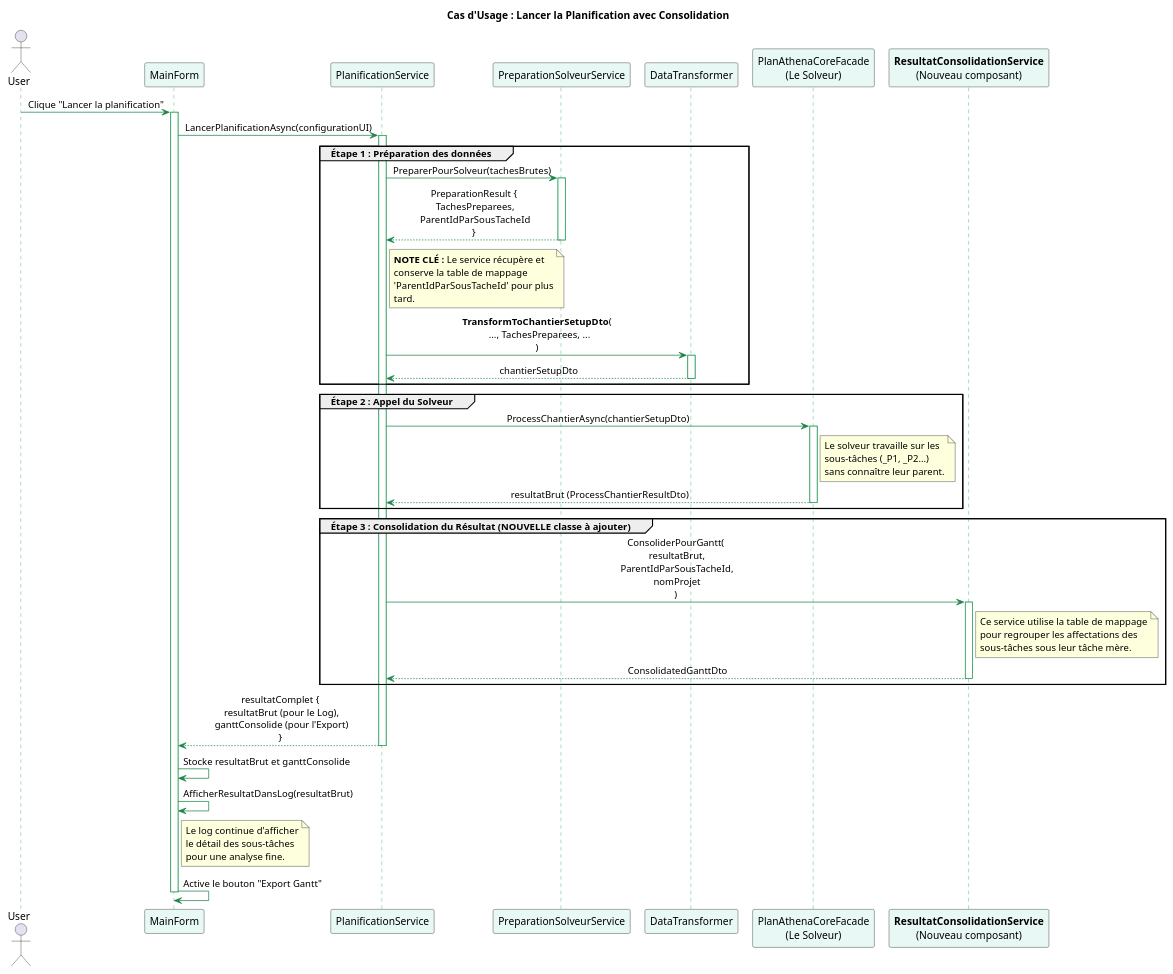
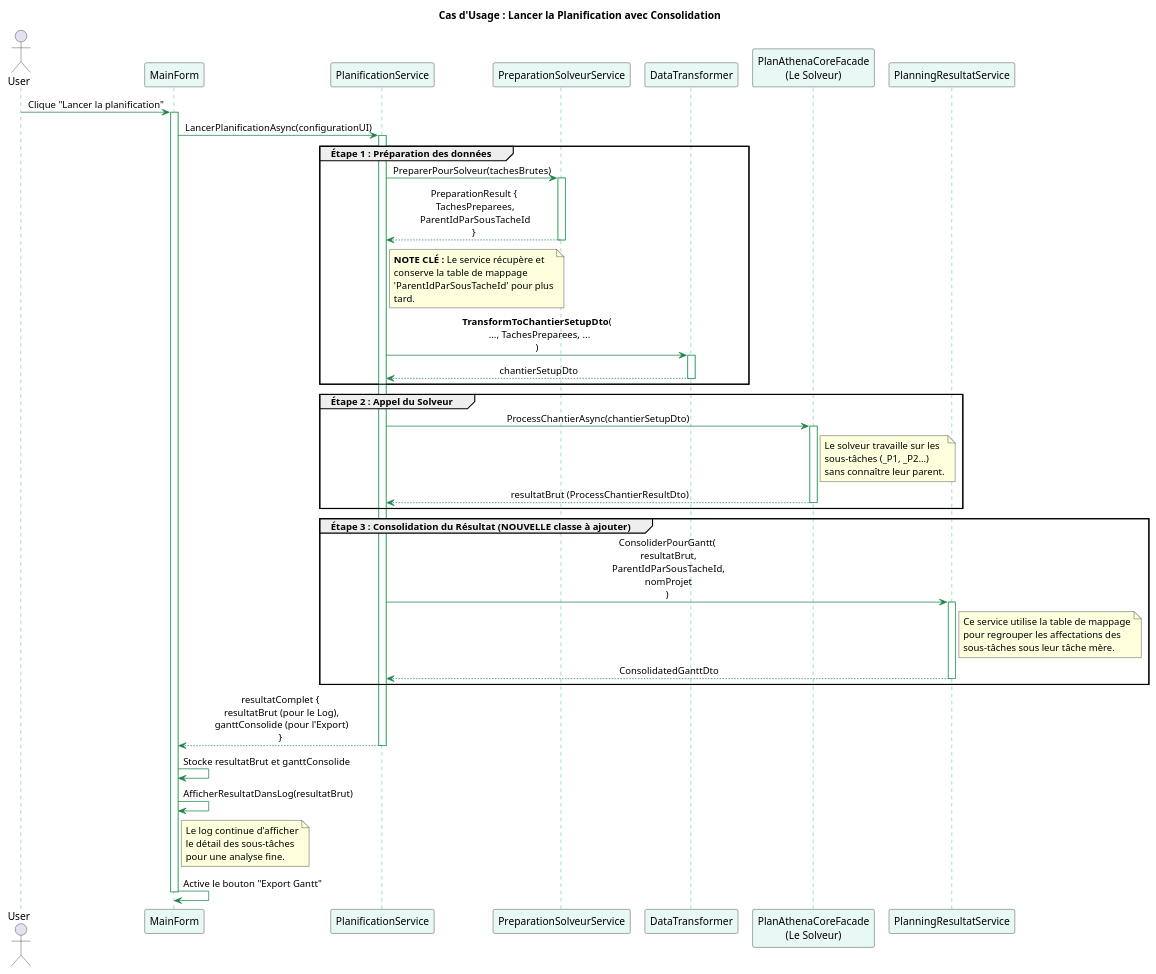
Before and after one commit to edgardmaillot/PlanAthena: the diagram in Docs/v0.3.4PlanificationSeq.puml, drawn with PlantUML. The commit also changed 7 other files, not shown here.

```diff
--- a/Docs/v0.3.4PlanificationSeq.puml
+++ b/Docs/v0.3.4PlanificationSeq.puml
@@ -1,54 +1,54 @@
 @startuml
 skinparam componentStyle uml2
 skinparam wrapWidth 250
 skinparam participantPadding 5
 skinparam sequenceMessageAlign center
 skinparam sequenceArrowColor #1E8449
 skinparam sequenceLifeLineBorderColor #239B56
 skinparam sequenceParticipantBackgroundColor #E8F8F5
 title Cas d'Usage : Lancer la Planification avec Consolidation
 actor User
 participant "MainForm" as UI
 participant "PlanificationService" as PlanSvc
 participant "PreparationSolveurService" as PrepSvc
 participant "DataTransformer" as Transfo
 participant "PlanAthenaCoreFacade\n(Le Solveur)" as Solver
-participant "<b>ResultatConsolidationService</b>\n(Nouveau composant)" as ConsolSvc
+participant "PlanningResultatService" as ConsolSvc
 User -> UI : Clique "Lancer la planification"
 activate UI
 UI -> PlanSvc : LancerPlanificationAsync(configurationUI)
 activate PlanSvc
 group Étape 1 : Préparation des données
 PlanSvc -> PrepSvc : PreparerPourSolveur(tachesBrutes)
 activate PrepSvc
 PrepSvc --> PlanSvc : PreparationResult {\n TachesPreparees,\n ParentIdParSousTacheId\n}
 deactivate PrepSvc
 note right of PlanSvc: <b>NOTE CLÉ :</b> Le service récupère et\nconserve la table de mappage\n'ParentIdParSousTacheId' pour plus tard.
 
 PlanSvc -> Transfo : **TransformToChantierSetupDto**(\n  ..., TachesPreparees, ...\n)
 activate Transfo
 Transfo --> PlanSvc : chantierSetupDto
 deactivate Transfo
 end
 group Étape 2 : Appel du Solveur
 PlanSvc -> Solver : ProcessChantierAsync(chantierSetupDto)
 activate Solver
 note right of Solver: Le solveur travaille sur les\nsous-tâches (_P1, _P2...)\nsans connaître leur parent.
 Solver --> PlanSvc : resultatBrut (ProcessChantierResultDto)
 deactivate Solver
 end
 group Étape 3 : Consolidation du Résultat (NOUVELLE classe à ajouter)
 PlanSvc -> ConsolSvc : ConsoliderPourGantt(\n resultatBrut,\n ParentIdParSousTacheId,\n nomProjet\n)
 activate ConsolSvc
 note right of ConsolSvc: Ce service utilise la table de mappage\npour regrouper les affectations des\nsous-tâches sous leur tâche mère.
 ConsolSvc --> PlanSvc : ConsolidatedGanttDto
 deactivate ConsolSvc
 end
 PlanSvc --> UI : resultatComplet {\n resultatBrut (pour le Log),\n ganttConsolide (pour l'Export)\n}
 deactivate PlanSvc
 UI -> UI : Stocke resultatBrut et ganttConsolide
 UI -> UI : AfficherResultatDansLog(resultatBrut)
 note right of UI: Le log continue d'afficher\nle détail des sous-tâches\npour une analyse fine.
 UI -> UI : Active le bouton "Export Gantt"
 deactivate UI
 @enduml
```
